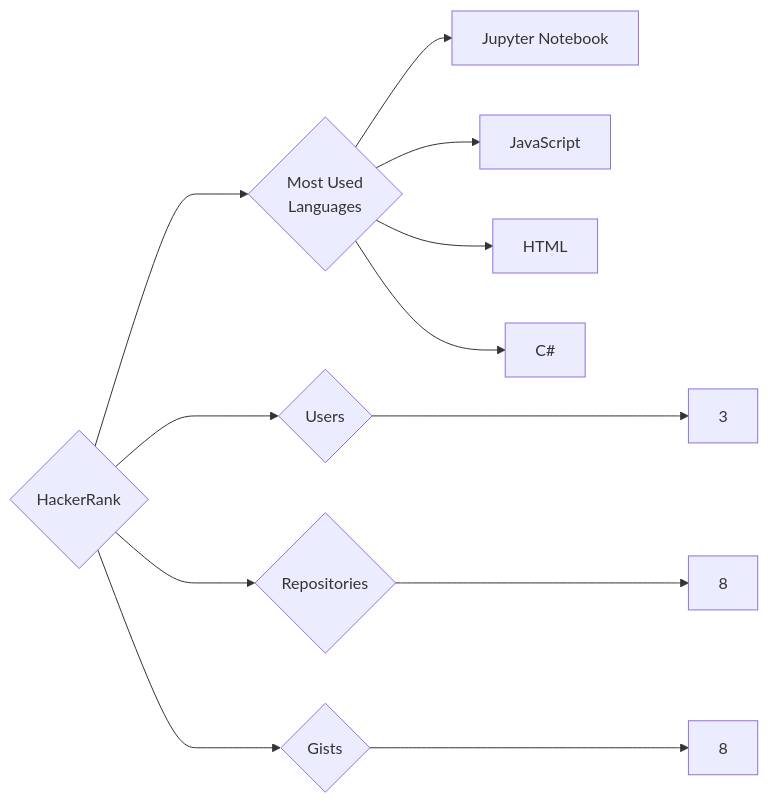
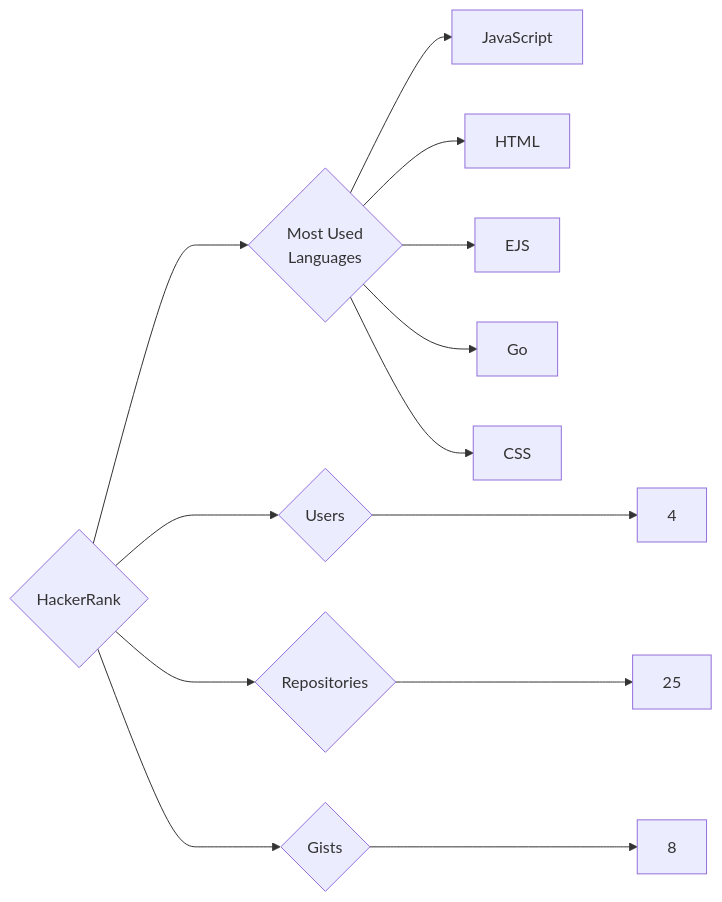
Before and after one commit to trickest/insiders: the diagram in targets/HackerRank/README.md, drawn with Mermaid. The commit also changed 745 other files, not shown here.

````diff
--- a/targets/HackerRank/README.md
+++ b/targets/HackerRank/README.md
@@ -3,12 +3,13 @@
 ```mermaid
 graph LR
 COMPANY_NAME{HackerRank}
-COMPANY_NAME ---> U{Users} ---> UN[3]
-COMPANY_NAME ---> R{Repositories} ---> RN[8]
+COMPANY_NAME ---> U{Users} ---> UN[4]
+COMPANY_NAME ---> R{Repositories} ---> RN[25]
 COMPANY_NAME ---> G{Gists} ---> GN[8]
 COMPANY_NAME ---> ML{Most Used<br>Languages}
-ML --> Jupyter_Notebook[Jupyter Notebook]
 ML --> JavaScript[JavaScript]
 ML --> HTML[HTML]
-ML --> C#[C#]
+ML --> EJS[EJS]
+ML --> Go[Go]
+ML --> CSS[CSS]
 ```
````
